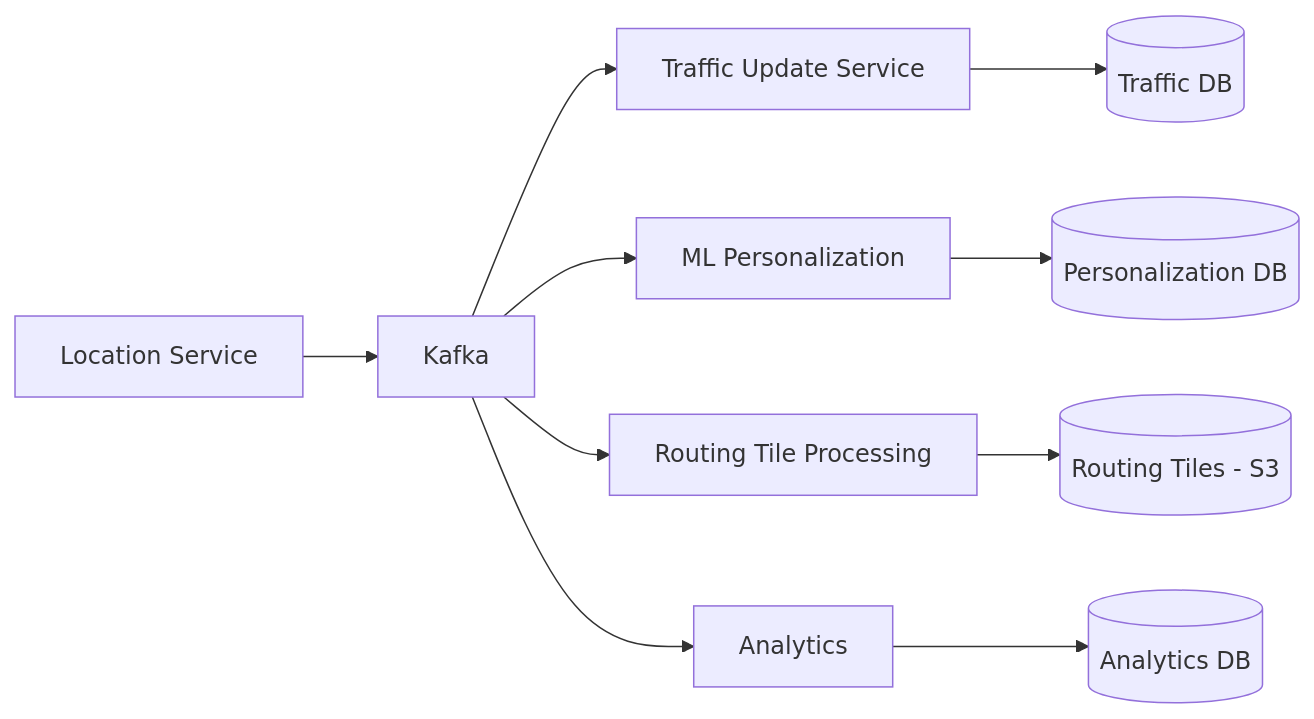
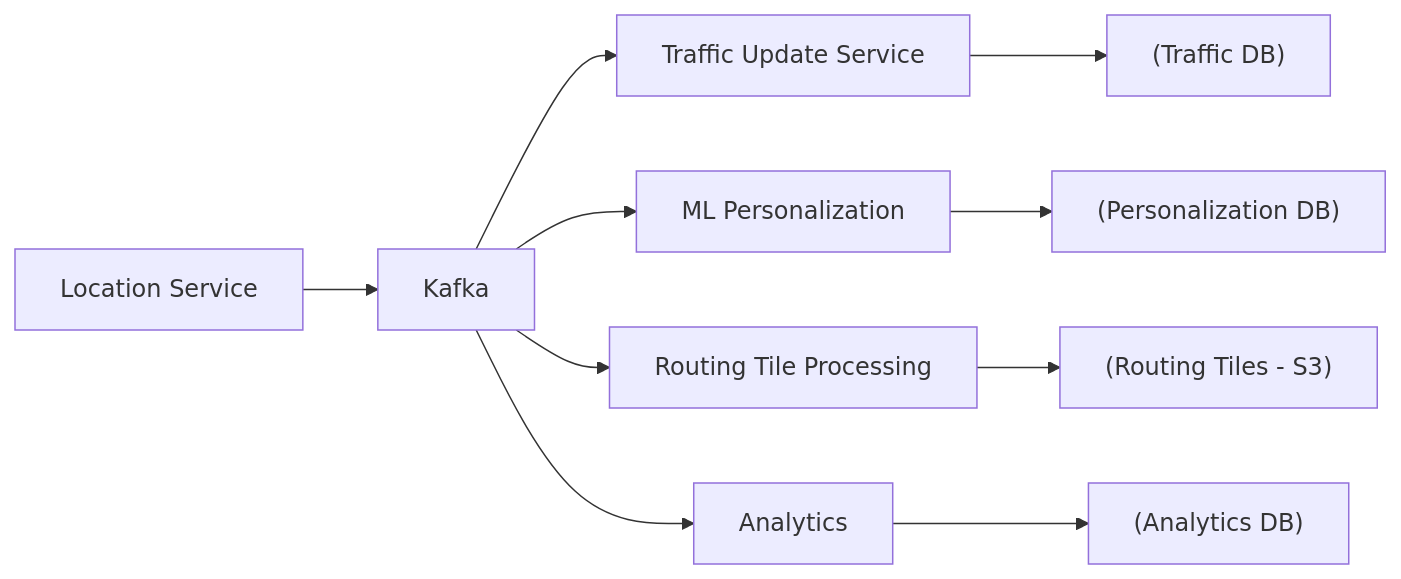
One commit to pankajThakur1874/studysheet changed the second of 2 diagrams in files/Book-System-Design-Vol-2/03-google-maps.md. Above: the diagram before and after it, drawn with Mermaid. The commit also changed other lines of this file and 102 other files, not shown here.

Commit message:
Auto-fix Mermaid diagram syntax across all study guides to prevent Syntax Error in Mermaid v10

````diff
--- a/files/Book-System-Design-Vol-2/03-google-maps.md
+++ b/files/Book-System-Design-Vol-2/03-google-maps.md
@@ -107,8 +107,8 @@
 ```mermaid
 flowchart LR
     LOC[Location Service] --> K[Kafka]
-    K --> T[Traffic Update Service] --> TDB[(Traffic DB)]
-    K --> ML[ML Personalization] --> PDB[(Personalization DB)]
-    K --> RTP[Routing Tile Processing] --> RT[(Routing Tiles - S3)]
-    K --> AN[Analytics] --> ADB[(Analytics DB)]
+    K --> T[Traffic Update Service] --> TDB["(Traffic DB)"]
+    K --> ML[ML Personalization] --> PDB["(Personalization DB)"]
+    K --> RTP[Routing Tile Processing] --> RT["(Routing Tiles - S3)"]
+    K --> AN[Analytics] --> ADB["(Analytics DB)"]
 ```
````
